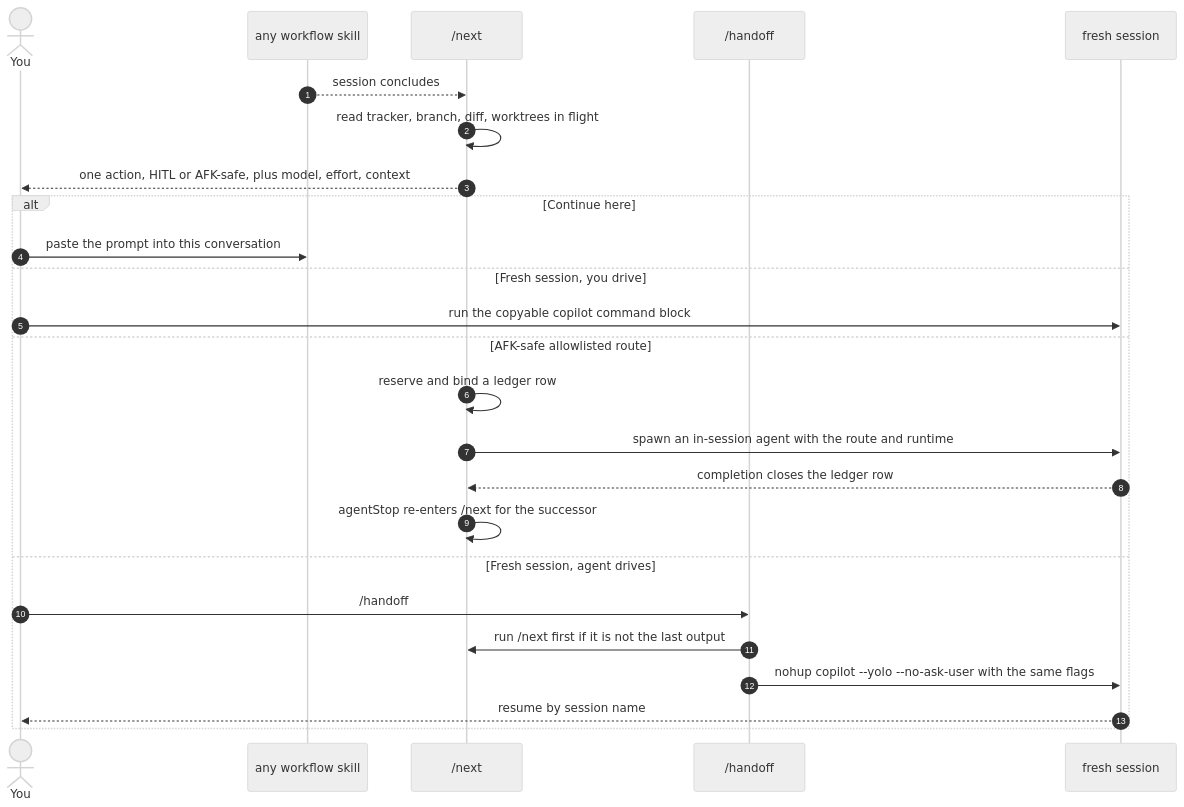
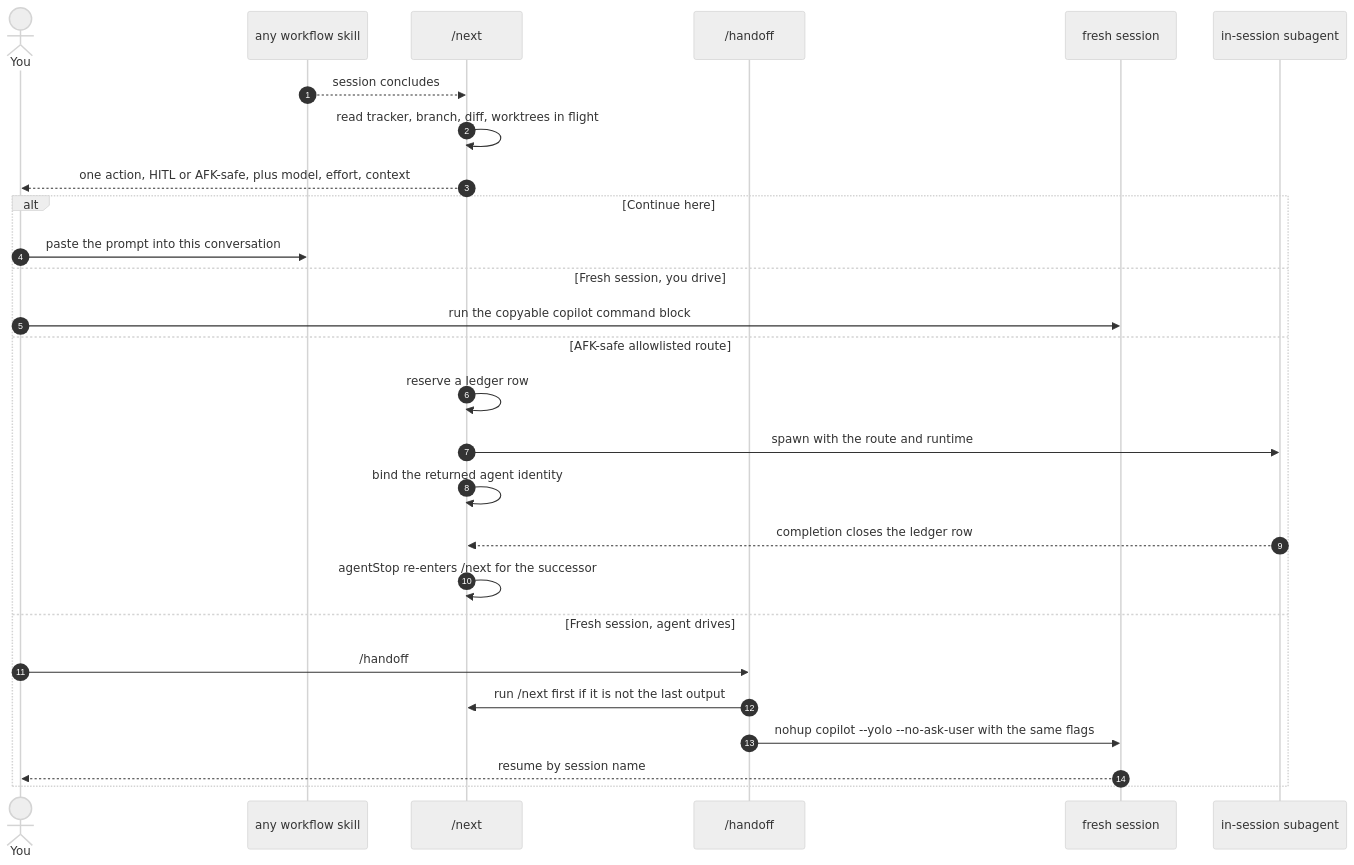
The third of 12 diagrams in docs/skill-connections.md (bradcstevens/git-loopy-skills), drawn with Mermaid (neutral theme) before and after one commit. The commit also changed other lines of this file, not shown here.

````diff
--- a/docs/skill-connections.md
+++ b/docs/skill-connections.md
@@ -171,29 +171,31 @@
 ```mermaid
 sequenceDiagram
     autonumber
     actor U as You
     participant SK as any workflow skill
     participant NX as /next
     participant HO as /handoff
     participant BG as fresh session
+    participant SA as in-session subagent
 
     SK-->>NX: session concludes
     NX->>NX: read tracker, branch, diff, worktrees in flight
     NX-->>U: one action, HITL or AFK-safe, plus model, effort, context
 
     alt Continue here
         U->>SK: paste the prompt into this conversation
     else Fresh session, you drive
         U->>BG: run the copyable copilot command block
     else AFK-safe allowlisted route
-        NX->>NX: reserve and bind a ledger row
-        NX->>BG: spawn an in-session agent with the route and runtime
-        BG-->>NX: completion closes the ledger row
+        NX->>NX: reserve a ledger row
+        NX->>SA: spawn with the route and runtime
+        NX->>NX: bind the returned agent identity
+        SA-->>NX: completion closes the ledger row
         NX->>NX: agentStop re-enters /next for the successor
     else Fresh session, agent drives
         U->>HO: /handoff
         HO->>NX: run /next first if it is not the last output
         HO->>BG: nohup copilot --yolo --no-ask-user with the same flags
         BG-->>U: resume by session name
     end
 ```
````
